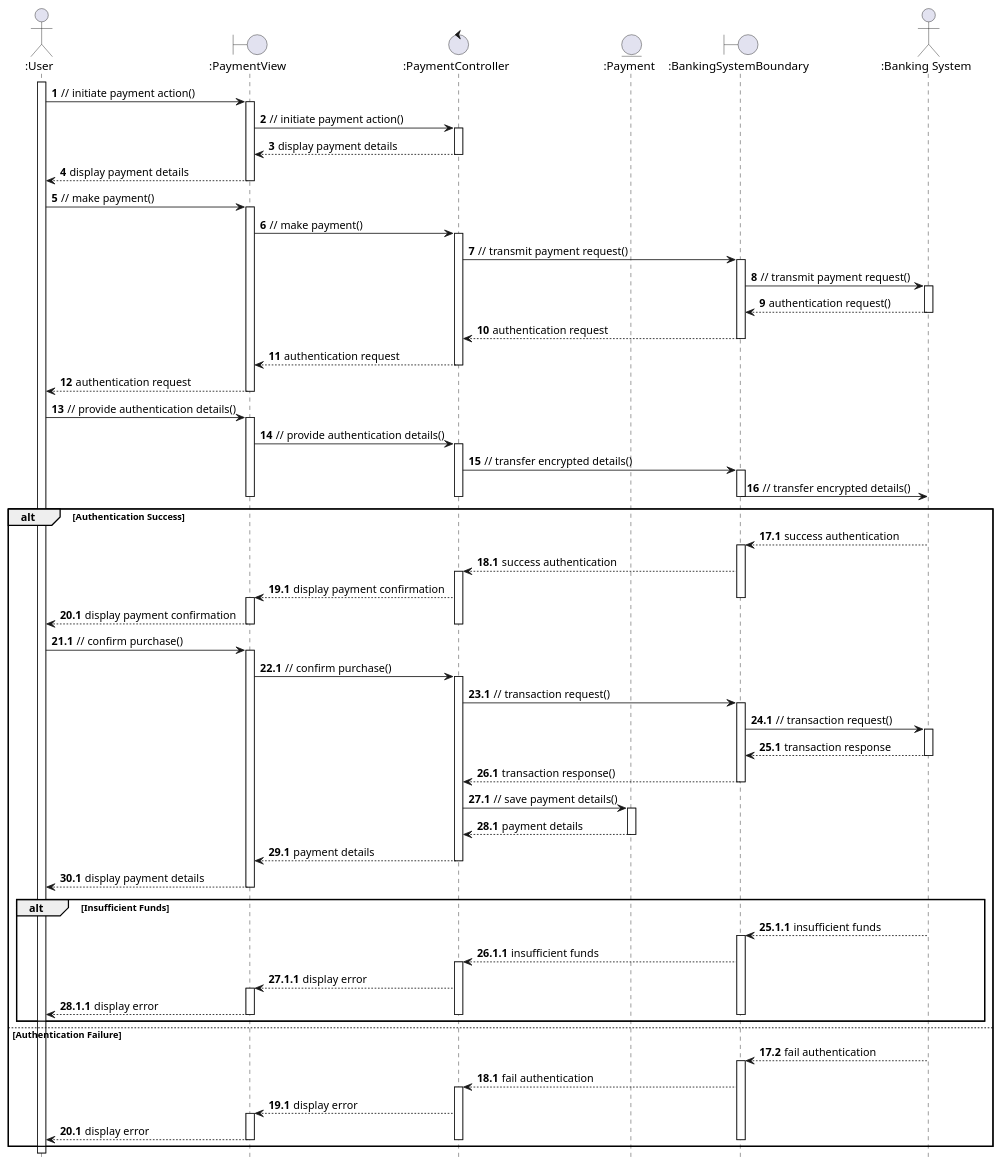
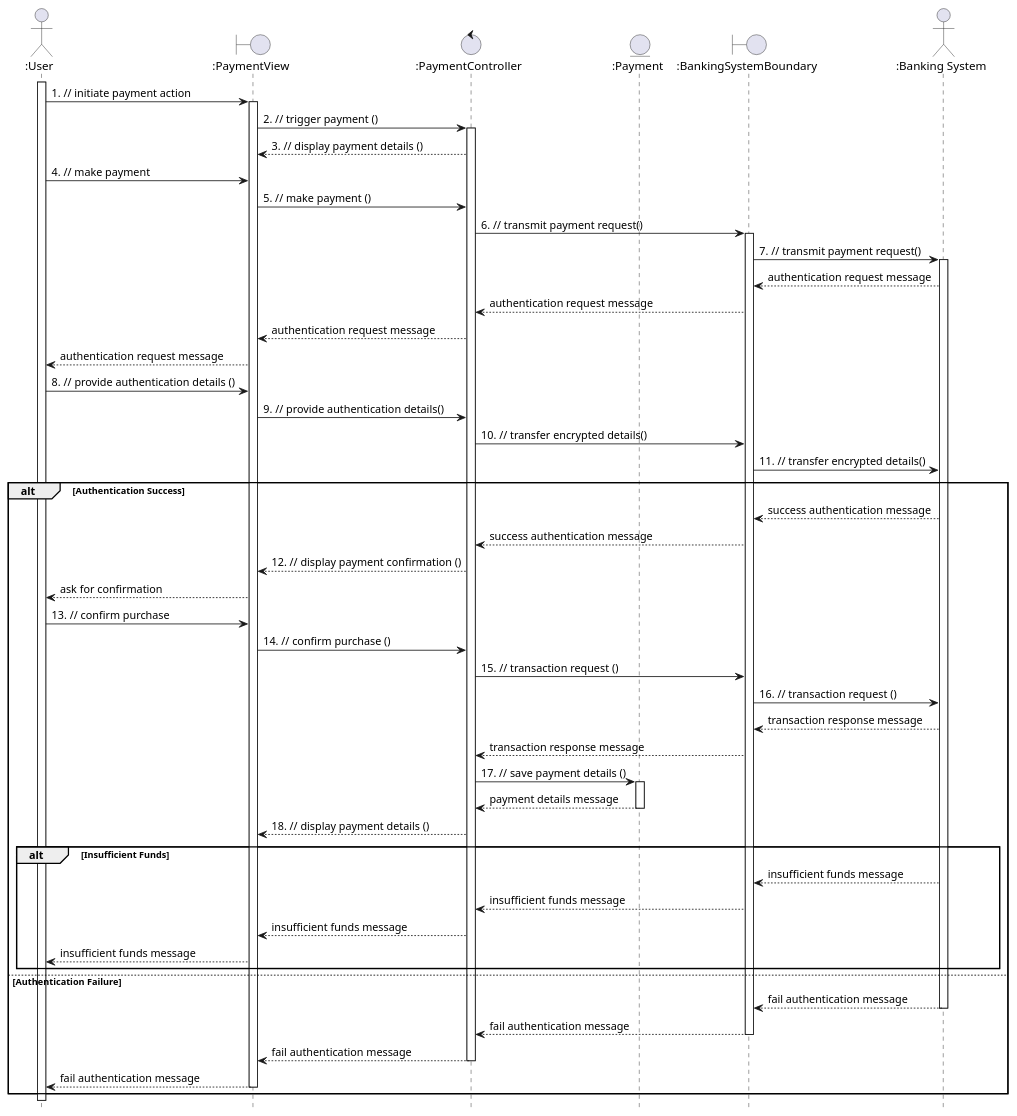
The diagram in uml/analysis/sequence/make_payment.pu (anhbanlinhle/velocity-exchange), drawn with PlantUML before and after one commit.

Commit message:
doc[lynn]: analysis sequence no. 8

```diff
--- a/uml/analysis/sequence/make_payment.pu
+++ b/uml/analysis/sequence/make_payment.pu
@@ -1,133 +1,90 @@
 @startuml
 hide footbox
 
 actor ":User" as User
 boundary ":PaymentView" as PaymentView
 control ":PaymentController" as PaymentController
 entity ":Payment" as Payment
 boundary  ":BankingSystemBoundary" as BankingSystemBoundary
 actor ":Banking System" as BankingSystem
 
-autonumber
 User ++
-  User -> PaymentView: // initiate payment action()
-  activate PaymentView
-    PaymentView -> PaymentController: // initiate payment action()
-    activate PaymentController
-      PaymentController --> PaymentView: display payment details
-    deactivate PaymentController
-    PaymentView --> User: display payment details
-  deactivate PaymentView
+  User -> PaymentView: 1. // initiate payment action
+  PaymentView ++
+    PaymentView -> PaymentController: 2. // trigger payment ()
+    PaymentController ++
+      PaymentController --> PaymentView: 3. // display payment details ()
+
   
-  User -> PaymentView: // make payment()
-  activate PaymentView
-    PaymentView -> PaymentController: // make payment()
-    activate PaymentController
-      PaymentController ->  BankingSystemBoundary: // transmit payment request()
-      activate  BankingSystemBoundary
-         BankingSystemBoundary -> BankingSystem: // transmit payment request()
-        activate BankingSystem
-          BankingSystem -->  BankingSystemBoundary: authentication request()
-        deactivate BankingSystem
-        BankingSystemBoundary --> PaymentController: authentication request
-      deactivate  BankingSystemBoundary
-      PaymentController --> PaymentView: authentication request
-    deactivate PaymentController
-    PaymentView --> User: authentication request
-  deactivate PaymentView
-  User -> PaymentView: // provide authentication details()
-  activate PaymentView
-    PaymentView -> PaymentController: // provide authentication details()
-    activate PaymentController
-      PaymentController ->  BankingSystemBoundary: // transfer encrypted details()
-      activate  BankingSystemBoundary
-         BankingSystemBoundary -> BankingSystem: // transfer encrypted details()
-      deactivate  BankingSystemBoundary
-    deactivate PaymentController
-  deactivate PaymentView
+  User -> PaymentView: 4. // make payment
+    PaymentView -> PaymentController: 5. // make payment ()
+      PaymentController ->  BankingSystemBoundary: 6. // transmit payment request()
+      BankingSystemBoundary ++
+         BankingSystemBoundary -> BankingSystem: 7. // transmit payment request()
+        BankingSystem ++
+          BankingSystem -->  BankingSystemBoundary: authentication request message
+
+        BankingSystemBoundary --> PaymentController: authentication request message
+      PaymentController --> PaymentView: authentication request message
+    PaymentView --> User: authentication request message
+  User -> PaymentView: 8. // provide authentication details ()
+    PaymentView -> PaymentController: 9. // provide authentication details()
+      PaymentController ->  BankingSystemBoundary: 10. // transfer encrypted details()
+         BankingSystemBoundary -> BankingSystem: 11. // transfer encrypted details()
 
 alt Authentication Success
-  autonumber 17.1
-    BankingSystem -->  BankingSystemBoundary: success authentication
-    autonumber inc A
-    activate  BankingSystemBoundary
-      BankingSystemBoundary --> PaymentController: success authentication
-      autonumber inc A
-      activate PaymentController
-        PaymentController --> PaymentView: display payment confirmation
-        autonumber inc A
-    deactivate  BankingSystemBoundary
-        activate PaymentView
-          PaymentView --> User: display payment confirmation
-          autonumber inc A
-      deactivate PaymentController
-        deactivate PaymentView
+    BankingSystem -->  BankingSystemBoundary: success authentication message
+    
+      BankingSystemBoundary --> PaymentController: success authentication message
+      
+        PaymentController --> PaymentView: 12. // display payment confirmation ()
+        
+          PaymentView --> User: ask for confirmation
 
-        User -> PaymentView: // confirm purchase()
-        autonumber inc A
-        activate PaymentView
-          PaymentView -> PaymentController: // confirm purchase()
-          autonumber inc A
-          activate PaymentController
-            PaymentController ->  BankingSystemBoundary: // transaction request()
-            autonumber inc A
-            activate  BankingSystemBoundary
-              BankingSystemBoundary -> BankingSystem: // transaction request()
-              autonumber inc A
-              activate BankingSystem
-                BankingSystem -->  BankingSystemBoundary: transaction response
-                autonumber inc A
-              deactivate BankingSystem
-              BankingSystemBoundary --> PaymentController: transaction response()
-              autonumber inc A
-            deactivate  BankingSystemBoundary
-            PaymentController -> Payment: // save payment details()
-            autonumber inc A
-            activate Payment
-              Payment --> PaymentController: payment details
-              autonumber inc A
-            deactivate Payment
-            PaymentController --> PaymentView: payment details
-            autonumber inc A
-          deactivate PaymentController
-          PaymentView --> User: display payment details
-          autonumber inc A
-        deactivate PaymentView
+
+        User -> PaymentView: 13. // confirm purchase
+        
+          PaymentView -> PaymentController: 14. // confirm purchase ()
+          
+            PaymentController ->  BankingSystemBoundary: 15. // transaction request ()
+            
+              BankingSystemBoundary -> BankingSystem: 16. // transaction request ()
+              
+                BankingSystem -->  BankingSystemBoundary: transaction response message
+                
+              BankingSystemBoundary --> PaymentController: transaction response message
+              
+            PaymentController -> Payment: 17. // save payment details ()
+            
+            Payment ++
+              Payment --> PaymentController: payment details message
+              
+            Payment --
+            PaymentController --> PaymentView: 18. // display payment details ()
+          
 
     alt Insufficient Funds
-      autonumber 25.1.1
-      BankingSystem -->  BankingSystemBoundary: insufficient funds
-      autonumber inc A
-      activate  BankingSystemBoundary
-        BankingSystemBoundary --> PaymentController: insufficient funds
-        autonumber inc A
-        activate PaymentController
-          PaymentController --> PaymentView: display error
-          autonumber inc A
-          activate PaymentView
-            PaymentView --> User: display error
-            autonumber inc A
-          deactivate PaymentView
-        deactivate PaymentController
-      deactivate  BankingSystemBoundary
+      BankingSystem -->  BankingSystemBoundary: insufficient funds message
+      
+        BankingSystemBoundary --> PaymentController: insufficient funds message
+        
+          PaymentController --> PaymentView: insufficient funds message
+          
+            PaymentView --> User: insufficient funds message
+            
     end
 
 else Authentication Failure
-  autonumber 17.2
-  BankingSystem -->  BankingSystemBoundary: fail authentication
-  autonumber inc A
-    activate  BankingSystemBoundary
-      BankingSystemBoundary --> PaymentController: fail authentication
-      autonumber inc A
-      activate PaymentController
-        PaymentController --> PaymentView: display error
-        autonumber inc A
-        activate PaymentView
-          PaymentView --> User: display error
-          autonumber inc A
+  BankingSystem -->  BankingSystemBoundary: fail authentication message
+      BankingSystem --
+      BankingSystemBoundary --> PaymentController: fail authentication message
+      BankingSystemBoundary --
+        PaymentController --> PaymentView: fail authentication message
+        PaymentController --
+          PaymentView --> User: fail authentication message
+          
         deactivate PaymentView
       deactivate PaymentController
-    deactivate  BankingSystemBoundary
 end
 
 @enduml
```
